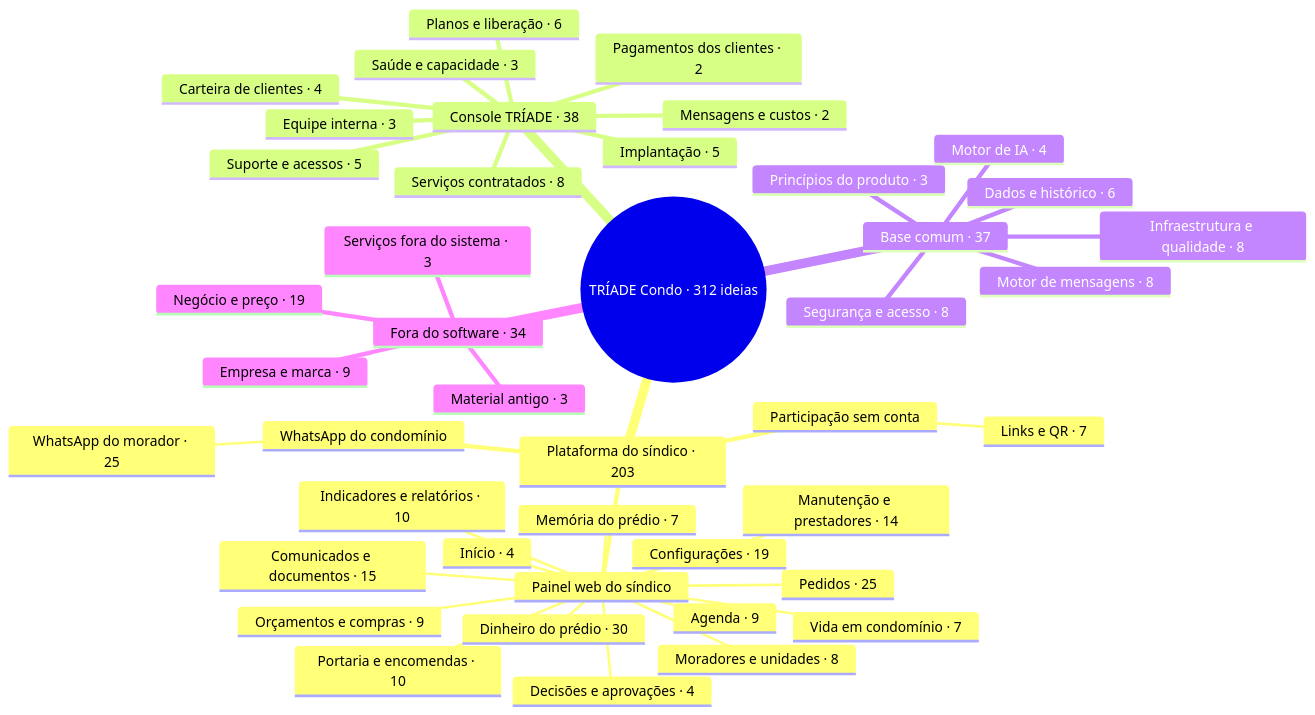
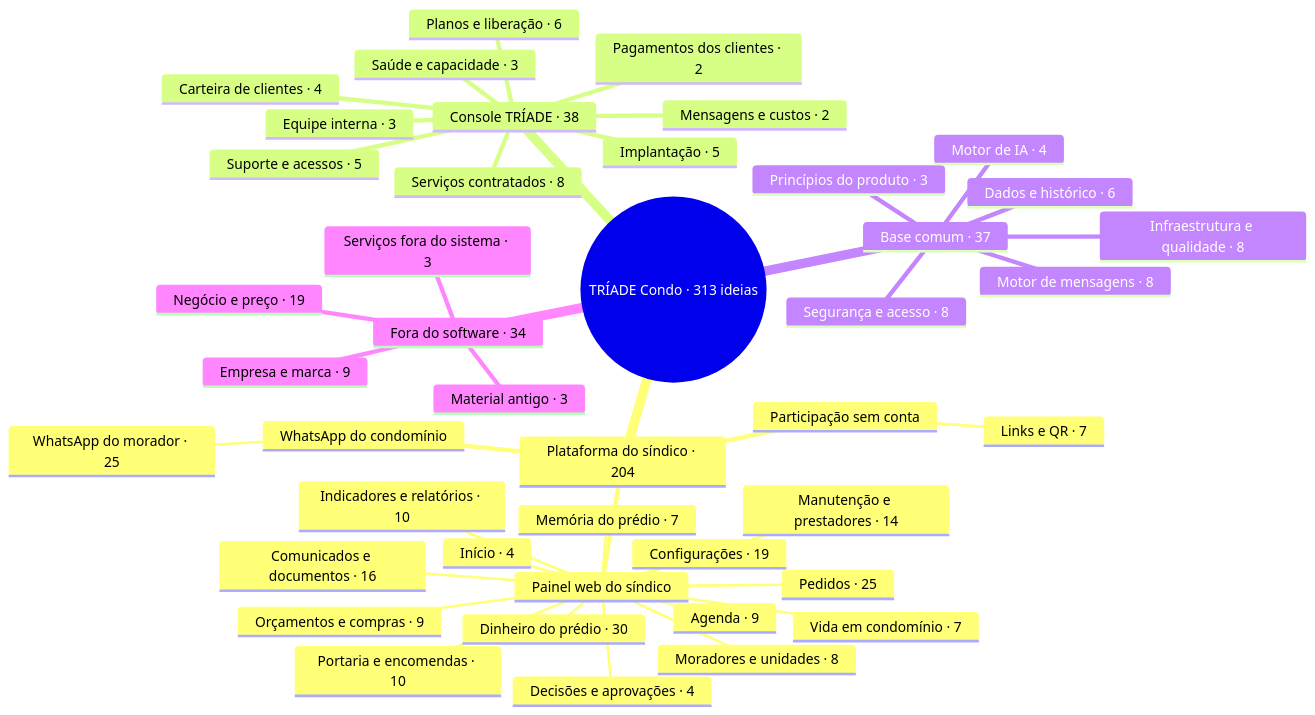
One commit to triade-prog/triade-condo changed the diagram in triade-condo/MAPA.md. Above: the diagram before and after it, drawn with Mermaid. The commit also changed other lines of this file and 50 other files, not shown here.

````diff
--- a/triade-condo/MAPA.md
+++ b/triade-condo/MAPA.md
@@ -20,46 +20,46 @@
 ```mermaid
 mindmap
-  root((TRÍADE Condo · 312 ideias))
-    Plataforma do síndico · 203
+  root((TRÍADE Condo · 313 ideias))
+    Plataforma do síndico · 204
       Painel web do síndico
         Início · 4
         Pedidos · 25
         Decisões e aprovações · 4
         Moradores e unidades · 8
-        Comunicados e documentos · 15
+        Comunicados e documentos · 16
         Manutenção e prestadores · 14
         Agenda · 9
         Orçamentos e compras · 9
         Dinheiro do prédio · 30
         Portaria e encomendas · 10
         Vida em condomínio · 7
         Indicadores e relatórios · 10
         Memória do prédio · 7
         Configurações · 19
       WhatsApp do condomínio
         WhatsApp do morador · 25
       Participação sem conta
         Links e QR · 7
     Console TRÍADE · 38
       Carteira de clientes · 4
       Implantação · 5
       Planos e liberação · 6
       Pagamentos dos clientes · 2
       Suporte e acessos · 5
       Serviços contratados · 8
       Equipe interna · 3
       Saúde e capacidade · 3
       Mensagens e custos · 2
     Base comum · 37
       Segurança e acesso · 8
       Dados e histórico · 6
       Motor de mensagens · 8
       Infraestrutura e qualidade · 8
       Princípios do produto · 3
       Motor de IA · 4
     Fora do software · 34
       Serviços fora do sistema · 3
       Negócio e preço · 19
       Empresa e marca · 9
       Material antigo · 3
 ```
````
